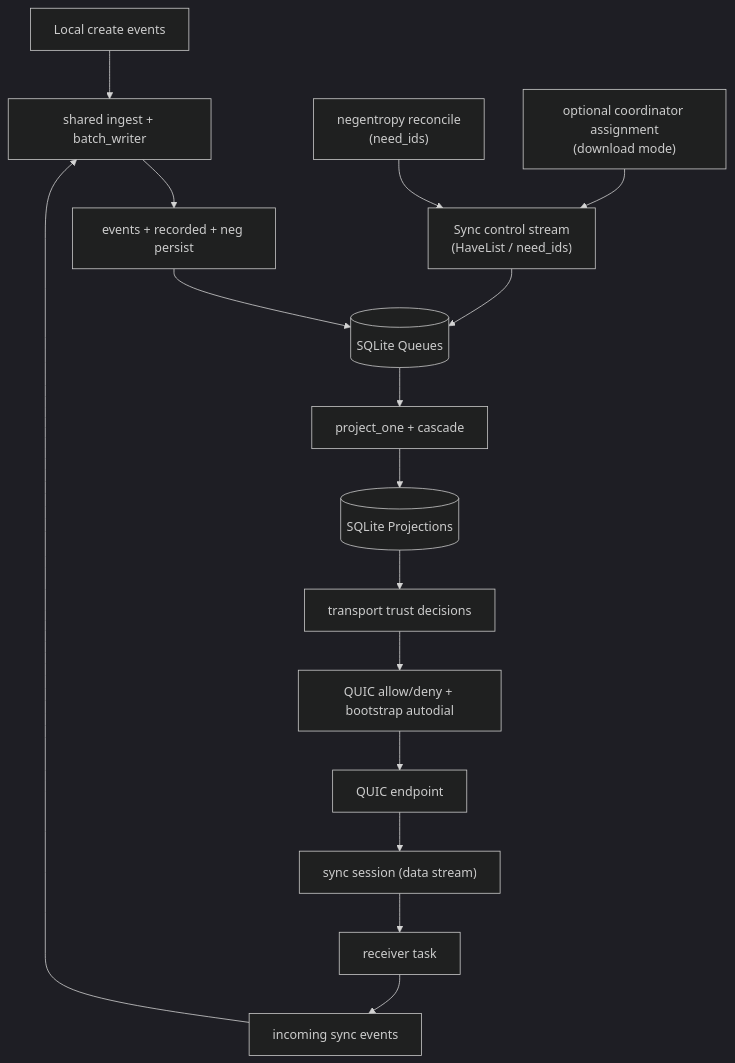
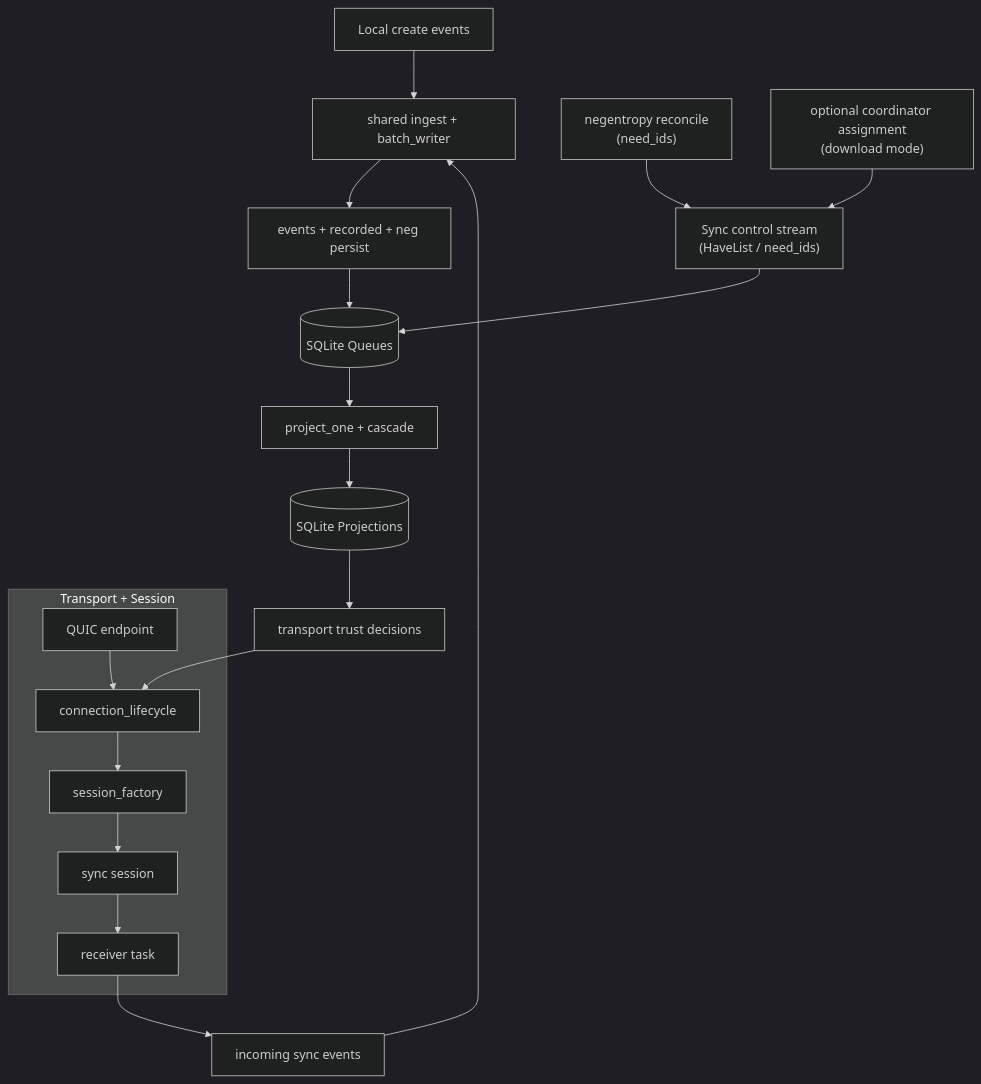
Before and after one commit to holmesworcester/topo: the sixth of 7 diagrams in docs/CURRENT_RUNTIME_DIAGRAM.md, drawn with Mermaid (dark theme). The commit also changed other lines of this file, not shown here.

Commit message:
Update runtime diagram drafts for transport capsule boundary

````diff
--- a/docs/CURRENT_RUNTIME_DIAGRAM.md
+++ b/docs/CURRENT_RUNTIME_DIAGRAM.md
@@ -145,21 +188,26 @@
 ```mermaid
 flowchart TD
     LOCAL["Local create events"] --> INGEST["shared ingest + batch_writer"]
 
-    QUIC["QUIC endpoint"] --> SESS["sync session (data stream)"]
-    SESS --> RECV["receiver task"]
+    subgraph NET["Transport + Session"]
+      QEP["QUIC endpoint"] --> LIFE["connection_lifecycle"]
+      LIFE --> FACT["session_factory"]
+      FACT --> SESS["sync session"]
+      SESS --> RECV["receiver task"]
+    end
+
     RECV --> INCOMING["incoming sync events"]
     INCOMING --> INGEST
 
     INGEST --> STORE["events + recorded + neg persist"]
     STORE --> QDB[("SQLite Queues")]
     QDB --> APPLY["project_one + cascade"]
     APPLY --> PDB[("SQLite Projections")]
 
     NEG["negentropy reconcile\n(need_ids)"] --> CTRL["Sync control stream\n(HaveList / need_ids)"]
     COORD["optional coordinator assignment\n(download mode)"] --> CTRL
     CTRL --> QDB
+
     PDB --> TRUST["transport trust decisions"]
-    TRUST --> NET["QUIC allow/deny + bootstrap autodial"]
-    NET --> QUIC
+    TRUST --> LIFE
 ```
````
